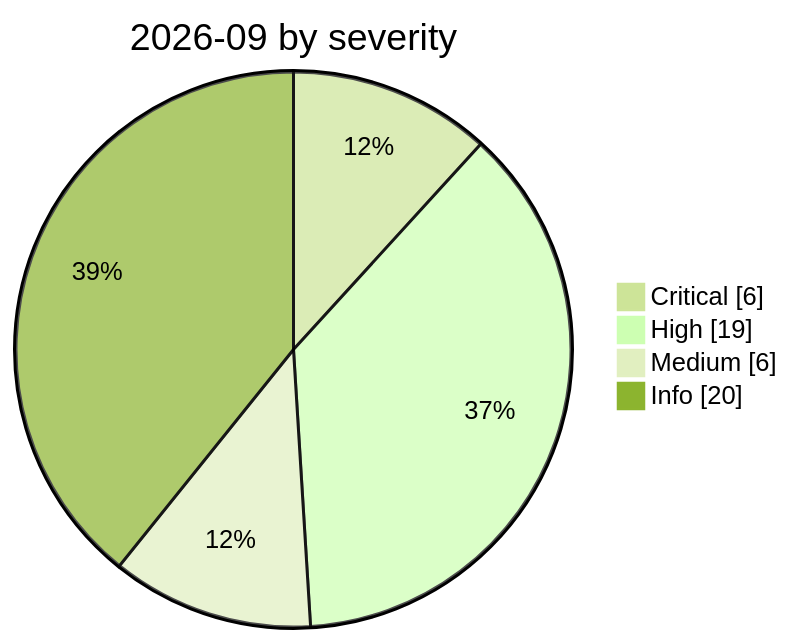
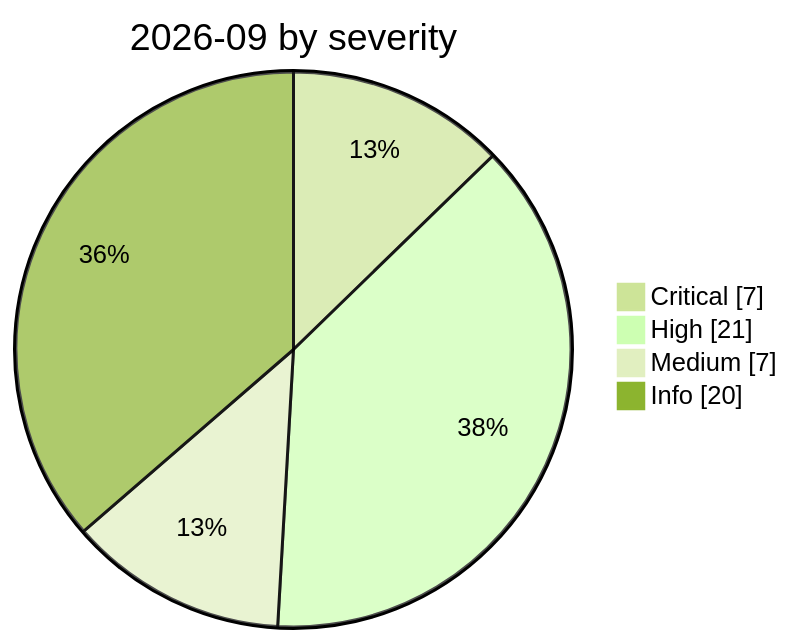
The diagram in incidents/2026-09/README.md (Continuum-AI-Corp/Orca-AI-Incident-Archive), drawn with Mermaid (forest theme) before and after one commit. The commit also changed other lines of this file and 38 other files, not shown here.

````diff
--- a/incidents/2026-09/README.md
+++ b/incidents/2026-09/README.md
@@ -8,8 +8,8 @@
 ```mermaid
 pie showData
     title 2026-09 by severity
-    "Critical" : 6
-    "High" : 19
-    "Medium" : 6
+    "Critical" : 7
+    "High" : 21
+    "Medium" : 7
     "Info" : 20
 ```
````
